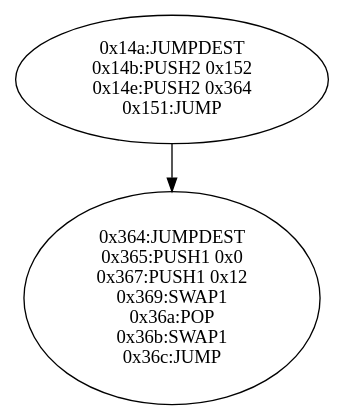
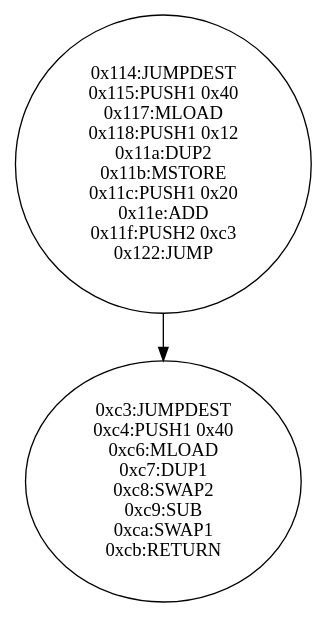
Before and after one commit to steventhornton/openzeppelin-research-project: the diagram in erc20-example/cfg/output/Token.bin-runtime_decimals().dot, drawn with Graphviz. The commit also changed 12 other files, not shown here.

```diff
--- a/erc20-example/cfg/output/Token.bin-runtime_decimals().dot
+++ b/erc20-example/cfg/output/Token.bin-runtime_decimals().dot
@@ -1,15 +1,22 @@
 digraph{
-330[label="0x14a:JUMPDEST
-0x14b:PUSH2 0x152
-0x14e:PUSH2 0x364
-0x151:JUMP"]
-330 -> 868
-868[label="0x364:JUMPDEST
-0x365:PUSH1 0x0
-0x367:PUSH1 0x12
-0x369:SWAP1
-0x36a:POP
-0x36b:SWAP1
-0x36c:JUMP"]
+276[label="0x114:JUMPDEST
+0x115:PUSH1 0x40
+0x117:MLOAD
+0x118:PUSH1 0x12
+0x11a:DUP2
+0x11b:MSTORE
+0x11c:PUSH1 0x20
+0x11e:ADD
+0x11f:PUSH2 0xc3
+0x122:JUMP"]
+276 -> 195
+195[label="0xc3:JUMPDEST
+0xc4:PUSH1 0x40
+0xc6:MLOAD
+0xc7:DUP1
+0xc8:SWAP2
+0xc9:SUB
+0xca:SWAP1
+0xcb:RETURN"]
 
 }
```
